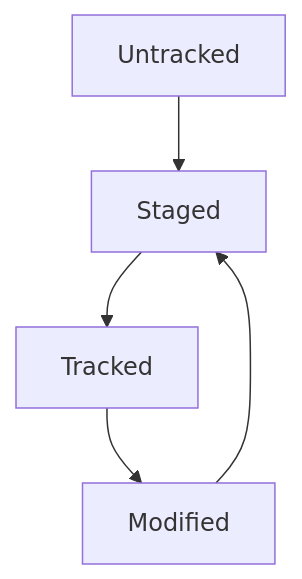
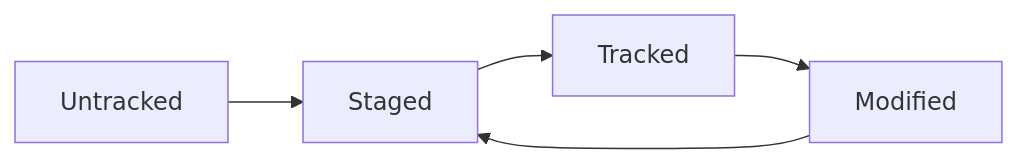
One commit to 1Danil0/Test-2 changed the diagram in README.md. Above: the diagram before and after it, drawn with Mermaid.

Commit message:
Another diagram in README

````diff
--- a/README.md
+++ b/README.md
@@ -72,7 +72,7 @@
 ``` mermaid  
-graph TD;  
+graph LR;  
 Untracked --> Staged;  
 Staged --> Tracked;
 Tracked --> Modified;  
 Modified --> Staged;
 ```  
````
